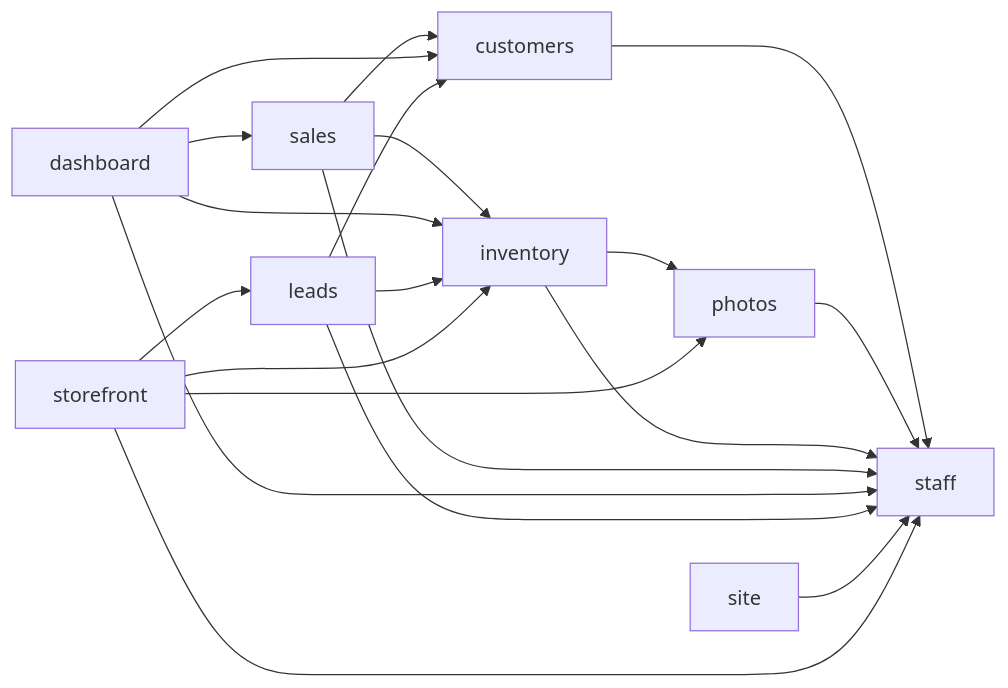
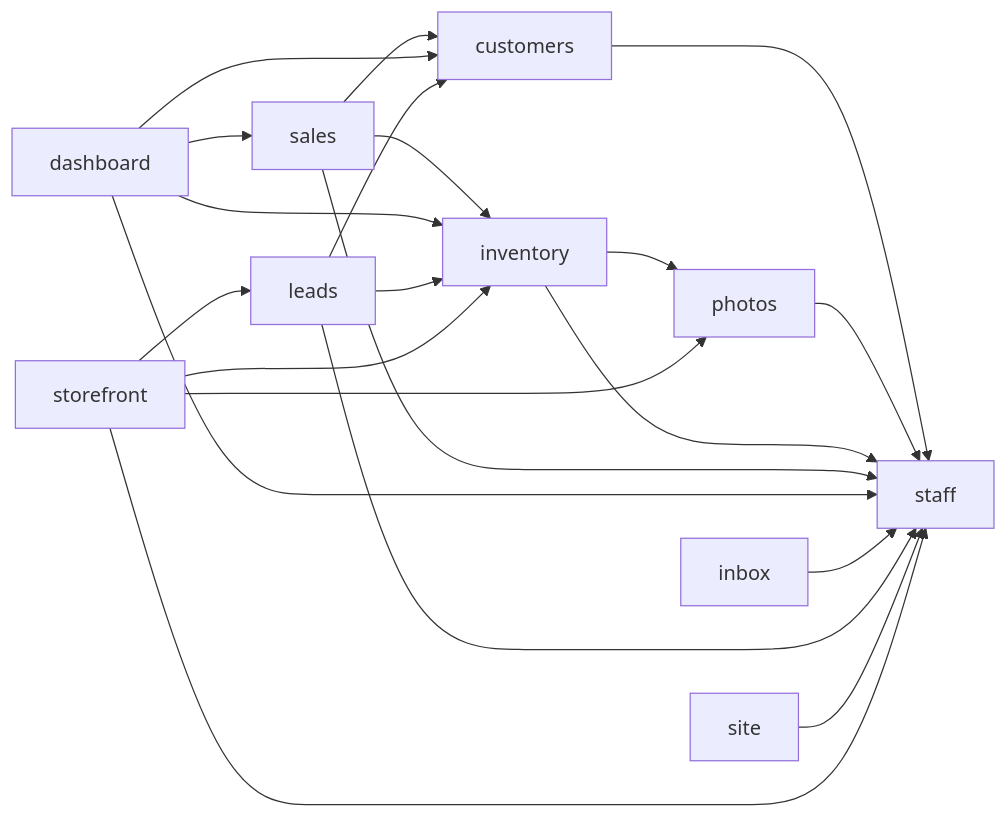
Before and after one commit to Ignibyte/aic-demo: the diagram in docs/wiki/README.md, drawn with Mermaid. The commit also changed other lines of this file and 103 other files, not shown here.

First line of the commit message:
feat(inbox): the staff inbox and a live bell (#19) (#23)

````diff
--- a/docs/wiki/README.md
+++ b/docs/wiki/README.md
@@ -70,23 +77,24 @@
 ```mermaid
 graph LR
     staff
     customers --> staff
     photos --> staff
     inventory --> staff
     inventory --> photos
     sales --> inventory
     sales --> customers
     sales --> staff
     dashboard --> customers
     dashboard --> inventory
     dashboard --> sales
     dashboard --> staff
+    inbox --> staff
     leads --> staff
     leads --> inventory
     leads --> customers
     site --> staff
     storefront --> inventory
     storefront --> photos
     storefront --> staff
     storefront --> leads
 ```
````
